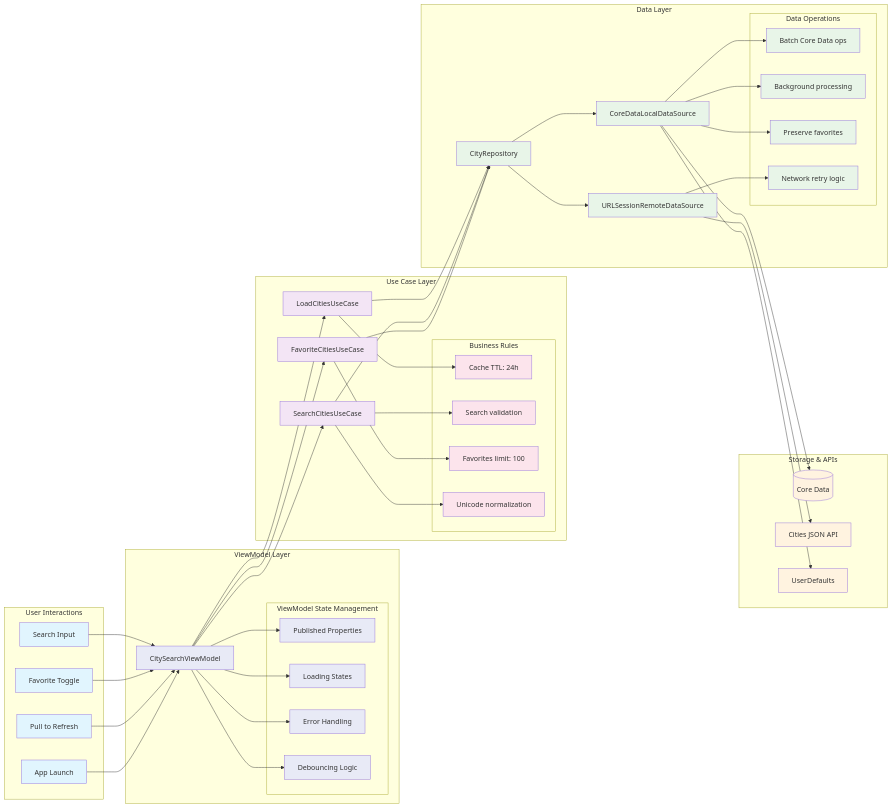
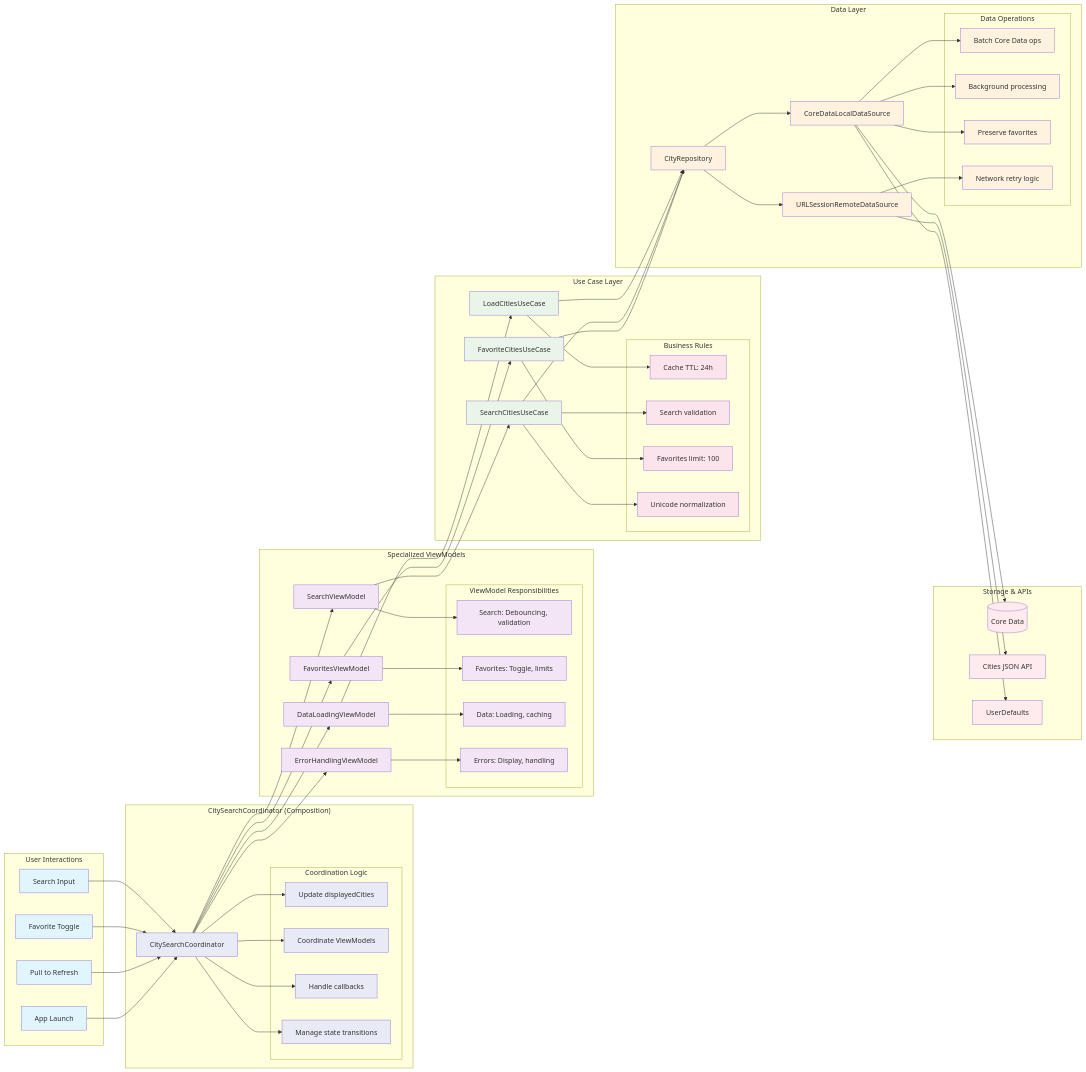
Before and after one commit to mperugini/ualaCities: the fifth of 7 diagrams in ARCHITECTURE_DIAGRAMS.md, drawn with Mermaid. The commit also changed other lines of this file and 1 other file, not shown here.

```diff
--- a/ARCHITECTURE_DIAGRAMS.md
+++ b/ARCHITECTURE_DIAGRAMS.md
@@ -414,14 +510,28 @@
         UI4[App Launch]
     end
     
-    subgraph "ViewModel Layer"
-        VM[CitySearchViewModel]
+    subgraph "CitySearchCoordinator (Composition)"
+        COORD[CitySearchCoordinator]
         
-        subgraph "ViewModel State Management"
-            S1[Published Properties]
-            S2[Loading States]
-            S3[Error Handling]
-            S4[Debouncing Logic]
+        subgraph "Coordination Logic"
+            CL1[Update displayedCities]
+            CL2[Coordinate ViewModels]
+            CL3[Handle callbacks]
+            CL4[Manage state transitions]
+        end
+    end
+    
+    subgraph "Specialized ViewModels"
+        SVM[SearchViewModel]
+        FVM[FavoritesViewModel]
+        DVM[DataLoadingViewModel]
+        EVM[ErrorHandlingViewModel]
+        
+        subgraph "ViewModel Responsibilities"
+            VR1[Search: Debouncing, validation]
+            VR2[Favorites: Toggle, limits]
+            VR3[Data: Loading, caching]
+            VR4[Errors: Display, handling]
         end
     end
     
@@ -457,19 +567,29 @@
         UD[UserDefaults]
     end
     
-    UI1 --> VM
-    UI2 --> VM
-    UI3 --> VM
-    UI4 --> VM
+    UI1 --> COORD
+    UI2 --> COORD
+    UI3 --> COORD
+    UI4 --> COORD
     
-    VM --> S1
-    VM --> S2
-    VM --> S3
-    VM --> S4
+    COORD --> CL1
+    COORD --> CL2
+    COORD --> CL3
+    COORD --> CL4
     
-    VM --> UC1
-    VM --> UC2
-    VM --> UC3
+    COORD --> SVM
+    COORD --> FVM
+    COORD --> DVM
+    COORD --> EVM
+    
+    SVM --> VR1
+    FVM --> VR2
+    DVM --> VR3
+    EVM --> VR4
+    
+    SVM --> UC2
+    FVM --> UC3
+    DVM --> UC1
     
     UC1 --> BR1
     UC2 --> BR2
@@ -493,14 +613,16 @@
     REMOTE --> API
     
     classDef ui fill:#e1f5fe
-    classDef viewmodel fill:#e8eaf6
-    classDef usecase fill:#f3e5f5
-    classDef data fill:#e8f5e8
-    classDef storage fill:#fff3e0
+    classDef coordinator fill:#e8eaf6
+    classDef viewmodel fill:#f3e5f5
+    classDef usecase fill:#e8f5e8
+    classDef data fill:#fff3e0
+    classDef storage fill:#ffebee
     classDef rules fill:#fce4ec
     
     class UI1,UI2,UI3,UI4 ui
-    class VM,S1,S2,S3,S4 viewmodel
+    class COORD,CL1,CL2,CL3,CL4 coordinator
+    class SVM,FVM,DVM,EVM,VR1,VR2,VR3,VR4 viewmodel
     class UC1,UC2,UC3 usecase
     class REPO,LOCAL,REMOTE,DO1,DO2,DO3,DO4 data
     class CD,API,UD storage
```
